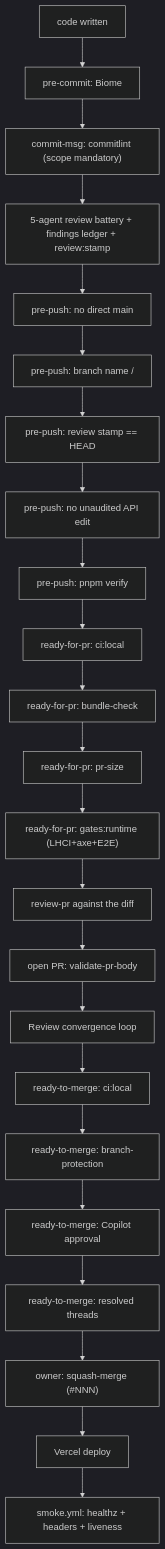
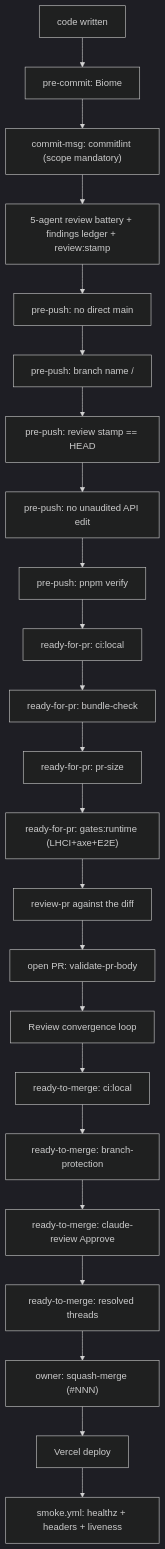
Before and after one commit to erikunha/portfolio: the first of 3 diagrams in docs/handbook/review-merge-release.md, drawn with Mermaid (dark theme). The commit also changed other lines of this file and 26 other files, not shown here.

First line of the commit message:
feat(review): claude-review-only gate + purge Copilot from tooling/docs (#155)

````diff
--- a/docs/handbook/review-merge-release.md
+++ b/docs/handbook/review-merge-release.md
@@ -7,25 +7,25 @@
 ```mermaid
 flowchart TD
     write["code written"] --> c1["pre-commit: Biome"]
     c1 --> c2["commit-msg: commitlint (scope mandatory)"]
     c2 --> battery["5-agent review battery + findings ledger + review:stamp"]
     battery --> p1["pre-push: no direct main"]
     p1 --> p2["pre-push: branch name <type>/<desc>"]
     p2 --> p3["pre-push: review stamp == HEAD"]
     p3 --> p4["pre-push: no unaudited API edit"]
     p4 --> p5["pre-push: pnpm verify"]
     p5 --> r1["ready-for-pr: ci:local"]
     r1 --> r2["ready-for-pr: bundle-check"]
     r2 --> r3["ready-for-pr: pr-size"]
     r3 --> r4["ready-for-pr: gates:runtime (LHCI+axe+E2E)"]
     r4 --> r5["review-pr against the diff"]
     r5 --> o1["open PR: validate-pr-body"]
     o1 --> o2["Review convergence loop"]
     o2 --> m1["ready-to-merge: ci:local"]
     m1 --> m2["ready-to-merge: branch-protection"]
-    m2 --> m3["ready-to-merge: Copilot approval"]
+    m2 --> m3["ready-to-merge: claude-review Approve"]
     m3 --> m4["ready-to-merge: resolved threads"]
     m4 --> merge["owner: squash-merge (#NNN)"]
     merge --> deploy["Vercel deploy"]
     deploy --> smoke["smoke.yml: healthz + headers + liveness"]
 ```
````
